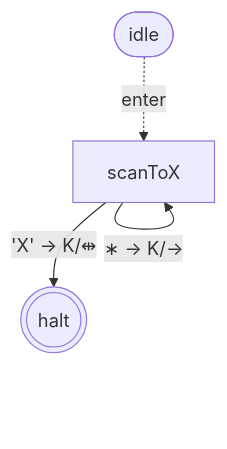
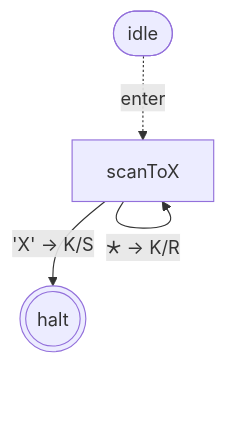
Before and after one commit to mellonis/turing-machine-js: the fourth of 5 diagrams in packages/machine/README.md, drawn with Mermaid. The commit also changed other lines of this file and 14 other files, not shown here.

First line of the commit message:
polish(emit + docs): readable vocabulary, removed hand-drawn diagrams, dogfooded `summarize`

````diff
--- a/packages/machine/README.md
+++ b/packages/machine/README.md
@@ -434,10 +384,10 @@
 ```mermaid
 flowchart TD
 %% alphabets: [[" ","a","b","X"]]
   s0(((halt)))
   s1["scanToX"]
   idle([idle])
   idle -. enter .-> s1
-  s1 -- "'X' → K/⇹" --> s0
-  s1 -- "∗ → K/→" --> s1
+  s1 -- "'X' → K/S" --> s0
+  s1 -- "🞰 → K/R" --> s1
 ```
````
